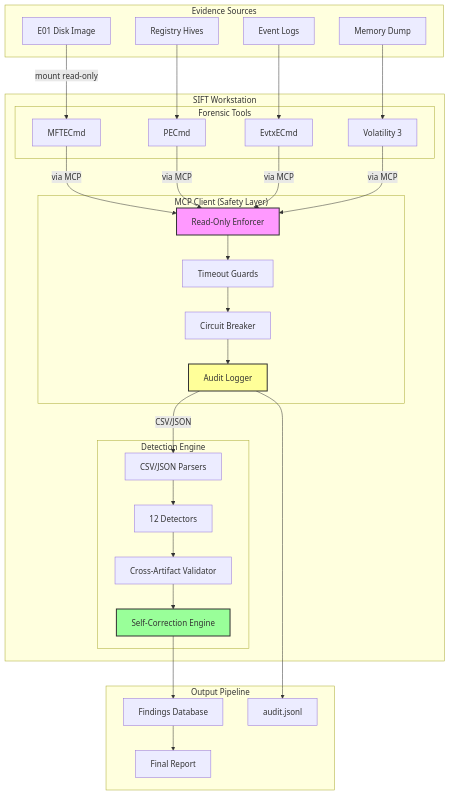
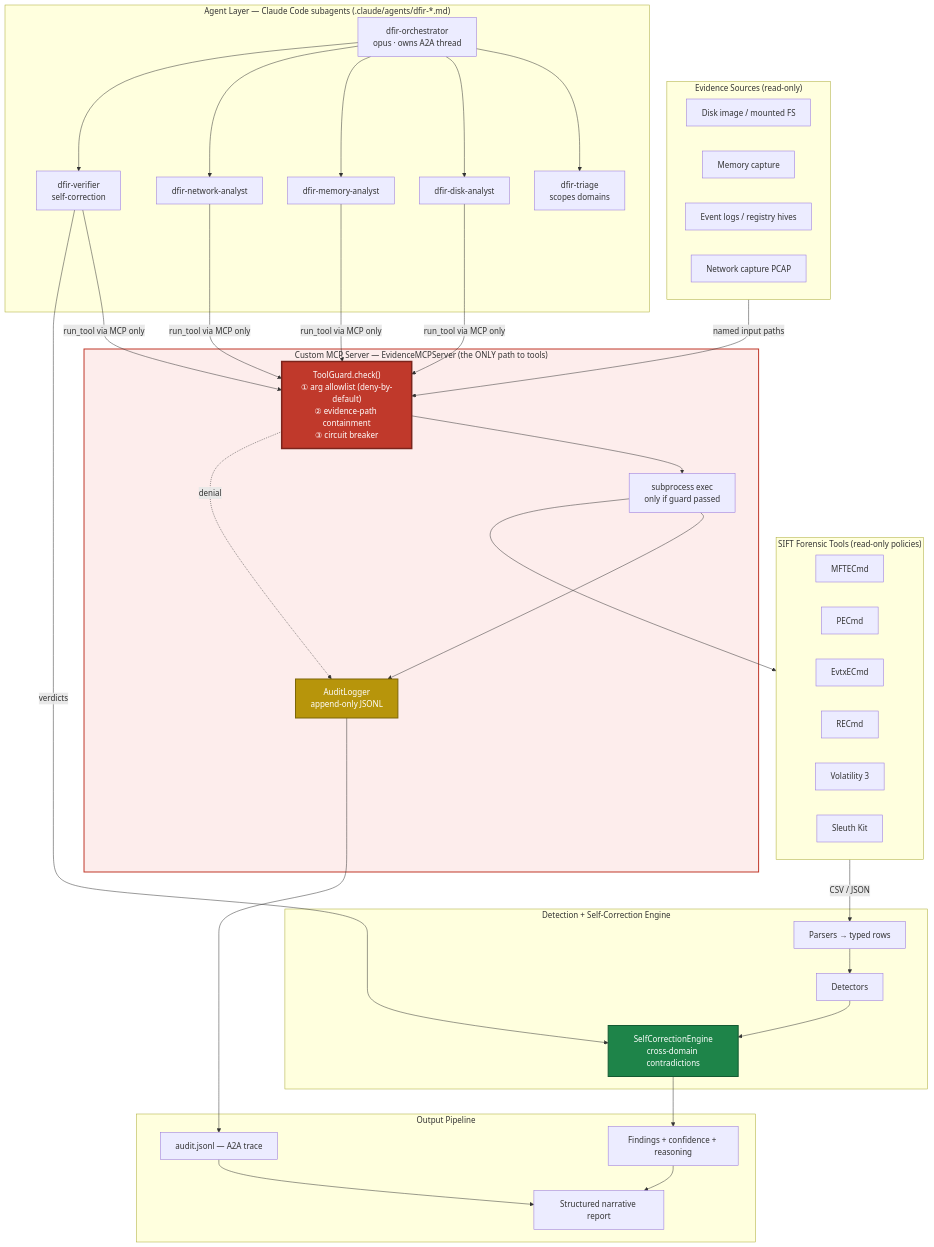
Before and after one commit to Strike48-public/4n6_nexus: the first of 3 diagrams in docs/ARCHITECTURE_DIAGRAM.md, drawn with Mermaid. The commit also changed other lines of this file and 2 other files, not shown here.

First line of the commit message:
docs: rewrite architecture diagram for multi-agent system (SFE-j5b)

````diff
--- a/docs/ARCHITECTURE_DIAGRAM.md
+++ b/docs/ARCHITECTURE_DIAGRAM.md
@@ -5,65 +30,69 @@
 ```mermaid
 graph TB
-    subgraph "Evidence Sources"
-        E01[E01 Disk Image]
-        MEM[Memory Dump]
-        LOGS[Event Logs]
-        REG[Registry Hives]
+    subgraph EV["Evidence Sources (read-only)"]
+        DISK[Disk image / mounted FS]
+        MEM[Memory capture]
+        LOGSRC[Event logs / registry hives]
+        PCAP[Network capture PCAP]
     end
 
-    subgraph "SIFT Workstation"
-        subgraph "MCP Client (Safety Layer)"
-            RO[Read-Only Enforcer]
-            TO[Timeout Guards]
-            CB[Circuit Breaker]
-            AL[Audit Logger]
-        end
-
-        subgraph "Forensic Tools"
-            MFTE[MFTECmd]
-            PEC[PECmd]
-            EVTX[EvtxECmd]
-            VOL[Volatility 3]
-        end
-
-        subgraph "Detection Engine"
-            PARSE[CSV/JSON Parsers]
-            DET[12 Detectors]
-            SC[Self-Correction Engine]
-            VAL[Cross-Artifact Validator]
-        end
+    subgraph AGENTS["Agent Layer — Claude Code subagents (.claude/agents/dfir-*.md)"]
+        ORCH[dfir-orchestrator<br/>opus · owns A2A thread]
+        TRIAGE[dfir-triage<br/>scopes domains]
+        DA[dfir-disk-analyst]
+        MA[dfir-memory-analyst]
+        NA[dfir-network-analyst]
+        VER[dfir-verifier<br/>self-correction]
+        ORCH --> TRIAGE
+        ORCH --> DA
+        ORCH --> MA
+        ORCH --> NA
+        ORCH --> VER
     end
 
-    subgraph "Output Pipeline"
-        FIND[Findings Database]
-        AUDIT[audit.jsonl]
-        REPORT[Final Report]
+    subgraph BOUNDARY["Custom MCP Server — EvidenceMCPServer (the ONLY path to tools)"]
+        GUARD["ToolGuard.check()<br/>① arg allowlist (deny-by-default)<br/>② evidence-path containment<br/>③ circuit breaker"]
+        EXEC[subprocess exec<br/>only if guard passed]
+        ALOG[AuditLogger<br/>append-only JSONL]
+        GUARD --> EXEC
+        GUARD -. denial .-> ALOG
+        EXEC --> ALOG
     end
 
-    E01 -->|mount read-only| MFTE
-    MEM --> VOL
-    LOGS --> EVTX
-    REG --> PEC
+    subgraph TOOLS["SIFT Forensic Tools (read-only policies)"]
+        MFTE[MFTECmd]
+        PEC[PECmd]
+        EVTX[EvtxECmd]
+        RECMD[RECmd]
+        VOL[Volatility 3]
+        TSK[Sleuth Kit]
+    end
 
-    MFTE -->|via MCP| RO
-    PEC -->|via MCP| RO
-    EVTX -->|via MCP| RO
-    VOL -->|via MCP| RO
+    subgraph ENGINE["Detection + Self-Correction Engine"]
+        PARSE[Parsers → typed rows]
+        DET[Detectors]
+        SC[SelfCorrectionEngine<br/>cross-domain contradictions]
+    end
 
-    RO --> TO
-    TO --> CB
-    CB --> AL
+    subgraph OUT["Output Pipeline"]
+        FIND[Findings + confidence + reasoning]
+        AUDIT[audit.jsonl — A2A trace]
+        REPORT[Structured narrative report]
+    end
 
-    AL -->|CSV/JSON| PARSE
-    PARSE --> DET
-    DET --> VAL
-    VAL --> SC
+    DA & MA & NA & VER -->|run_tool via MCP only| GUARD
+    EV -->|named input paths| GUARD
+    EXEC --> TOOLS
+    TOOLS -->|CSV / JSON| PARSE
+    PARSE --> DET --> SC
+    SC --> FIND
+    VER -->|verdicts| SC
+    ALOG --> AUDIT
+    FIND --> REPORT
+    AUDIT --> REPORT
 
-    SC --> FIND
-    AL --> AUDIT
-    FIND --> REPORT
-
-    style RO fill:#f9f,stroke:#333,stroke-width:2px
-    style SC fill:#9f9,stroke:#333,stroke-width:2px
-    style AL fill:#ff9,stroke:#333,stroke-width:2px
+    style GUARD fill:#c0392b,color:#fff,stroke:#7b241c,stroke-width:3px
+    style ALOG fill:#b7950b,color:#fff,stroke:#7d6608,stroke-width:2px
+    style SC fill:#1e8449,color:#fff,stroke:#145a32,stroke-width:2px
+    style BOUNDARY fill:#fdedec,stroke:#c0392b,stroke-width:2px
 ```
````
